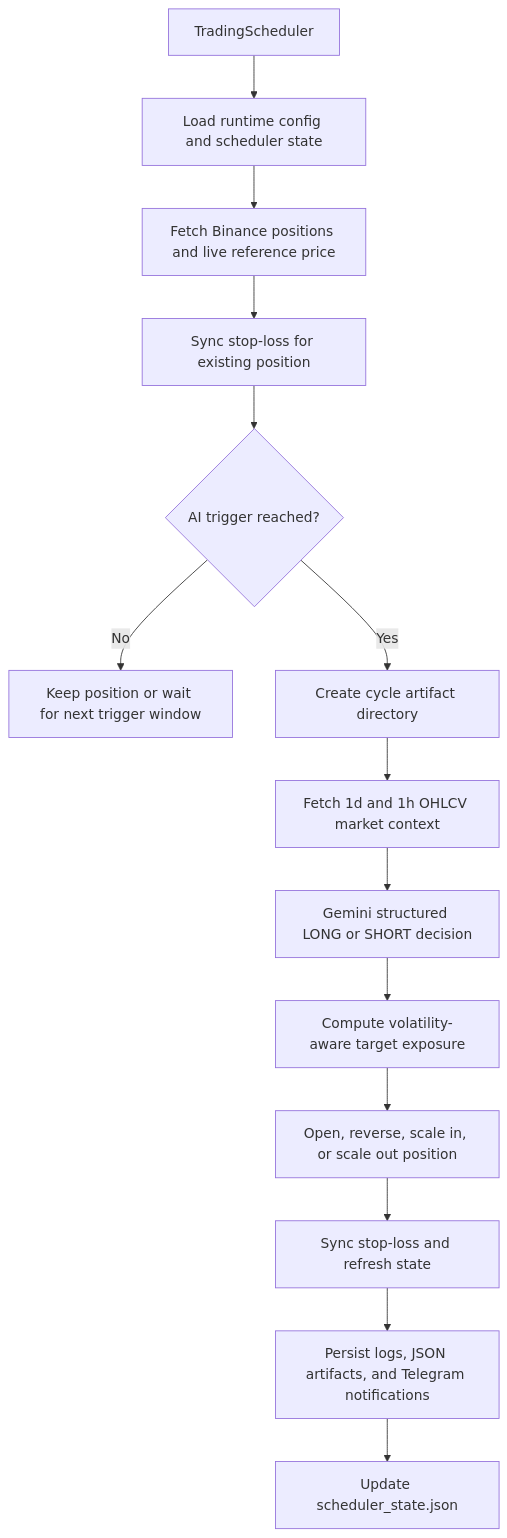
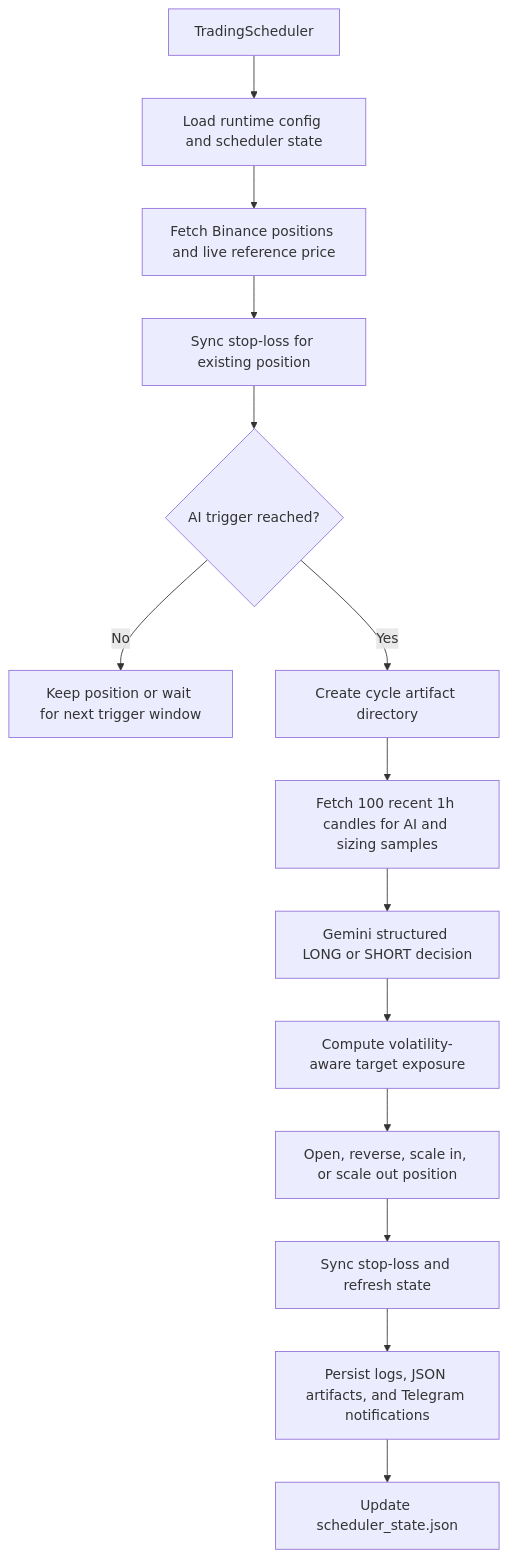
The first of 2 diagrams in README.md (cranesun1226/hak-gemini-binance-trader), drawn with Mermaid before and after one commit. The commit also changed other lines of this file and 7 other files, not shown here.

````diff
--- a/README.md
+++ b/README.md
@@ -66,16 +66,16 @@
 ```mermaid
 flowchart TD
     A[TradingScheduler] --> B[Load runtime config and scheduler state]
     B --> C[Fetch Binance positions and live reference price]
     C --> D[Sync stop-loss for existing position]
     D --> E{AI trigger reached?}
     E -- No --> F[Keep position or wait for next trigger window]
     E -- Yes --> G[Create cycle artifact directory]
-    G --> H[Fetch 1d and 1h OHLCV market context]
+    G --> H[Fetch 100 recent 1h candles for AI and sizing samples]
     H --> I[Gemini structured LONG or SHORT decision]
     I --> J[Compute volatility-aware target exposure]
     J --> K[Open, reverse, scale in, or scale out position]
     K --> L[Sync stop-loss and refresh state]
     L --> M[Persist logs, JSON artifacts, and Telegram notifications]
     M --> N[Update scheduler_state.json]
 ```
````
